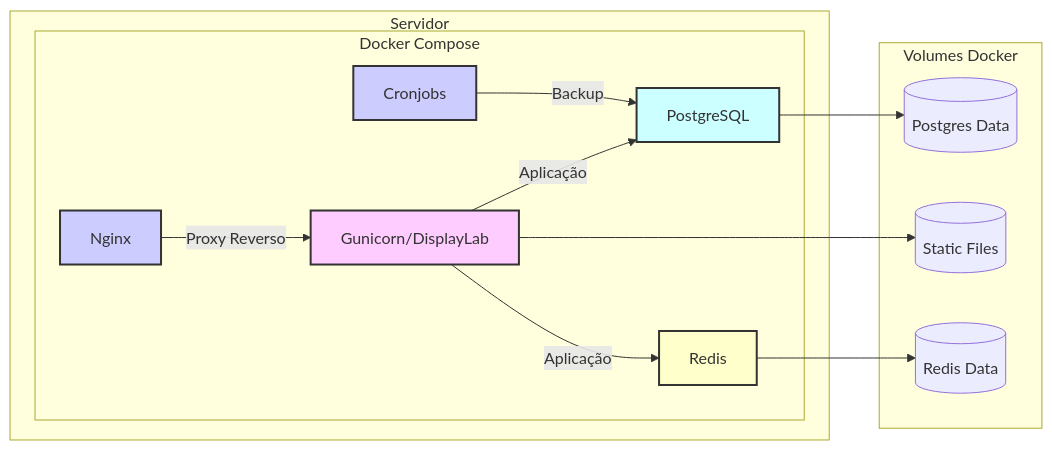
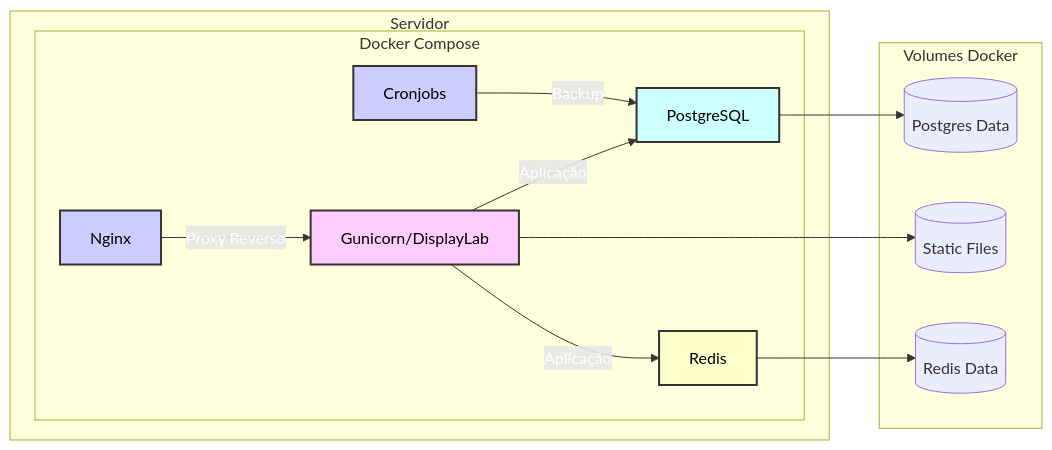
Before and after one commit to vytorrennan/DisplayLab: the fifth of 6 diagrams in docs.md, drawn with Mermaid. The commit also changed other lines of this file, not shown here.

````diff
--- a/docs.md
+++ b/docs.md
@@ -1991,31 +1995,33 @@
 ```mermaid
 graph LR
     subgraph Servidor
       subgraph Docker Compose
         A[Nginx]
         B[Gunicorn/DisplayLab]
         C[PostgreSQL]
         D[Redis]
         E[Cronjobs]
 
         A -- Proxy Reverso --> B
         B -- Aplicação --> C
         B -- Aplicação --> D
         E -- Backup --> C
       end
     end
       subgraph Volumes Docker
         pgdbData[(Postgres Data)]
         static[(Static Files)]
         redisData[(Redis Data)]
       end
     B --> static
     C --> pgdbData
     D --> redisData
 
-    style A fill:#ccf,stroke:#333,stroke-width:2px
-    style B fill:#fcf,stroke:#333,stroke-width:2px
-    style C fill:#cff,stroke:#333,stroke-width:2px
-    style D fill:#ffc,stroke:#333,stroke-width:2px
-    style E fill:#ccf,stroke:#333,stroke-width:2px
+    style A fill:#ccf,stroke:#333,stroke-width:2px,color:black
+    style B fill:#fcf,stroke:#333,stroke-width:2px,color:black
+    style C fill:#cff,stroke:#333,stroke-width:2px,color:black
+    style D fill:#ffc,stroke:#333,stroke-width:2px,color:black
+    style E fill:#ccf,stroke:#333,stroke-width:2px,color:black
+     %% Estilo para texto fora dos retângulos
+    linkStyle default color:white
 ```
````
